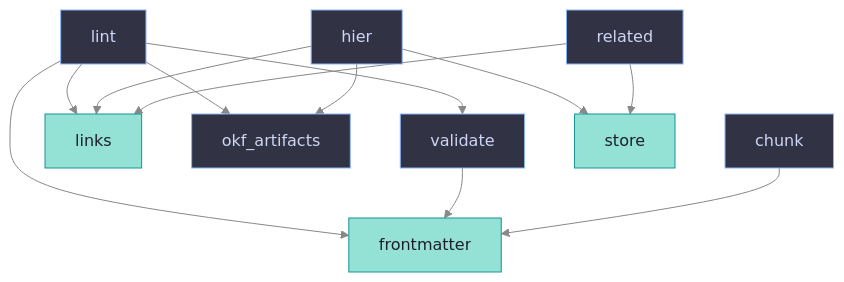
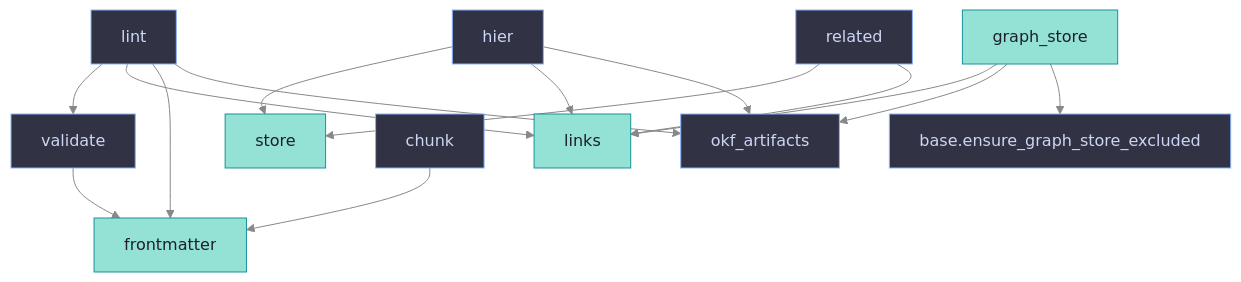
The fourth of 21 diagrams in docs/architecture.md (ikeniborn/iwiki-mcp), drawn with Mermaid before and after one commit. The commit also changed other lines of this file and 6 other files, not shown here.

Commit message:
fix: reject graph snapshot races

````diff
--- a/docs/architecture.md
+++ b/docs/architecture.md
@@ -123,12 +127,13 @@
 ```mermaid
 %%{init: {'theme': 'base', 'themeVariables': {'background': '#1e1e2e', 'primaryColor': '#313244', 'primaryTextColor': '#cdd6f4', 'primaryBorderColor': '#89b4fa', 'lineColor': '#888888'}}}%%
 flowchart TB
     lint["lint"] --> validate["validate"] & links["links"] & fm["frontmatter"] & okf_art["okf_artifacts"]
     validate --> fm
     chunk["chunk"] --> fm
     hier["hier"] --> store["store"] & links & okf_art
     related["related"] --> store & links
+    graph_store["graph_store"] --> links & okf_art & base_exclude["base.ensure_graph_store_excluded"]
 
     classDef core fill:#94e2d5,color:#1e1e2e,stroke:#179299
-    class fm,store,links core
+    class fm,store,links,graph_store core
 ```
````
